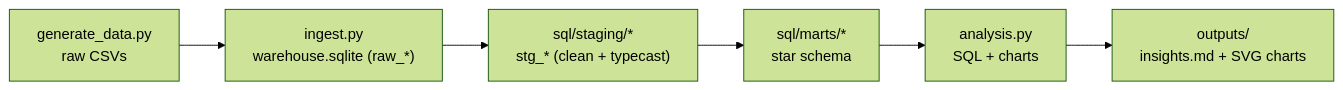
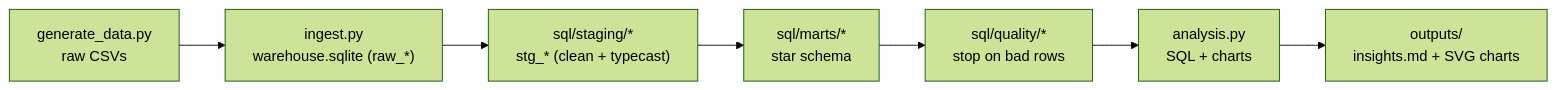
One commit to agabekrakhimov/ecommerce-data-pipeline changed the first of 2 diagrams in README.md. Above: the diagram before and after it, drawn with Mermaid (forest theme). The commit also changed other lines of this file and 26 other files, not shown here.

First line of the commit message:
Add data quality checks before analysis

````diff
--- a/README.md
+++ b/README.md
@@ -13,8 +13,9 @@
 ```mermaid
 flowchart LR
   Gen["generate_data.py<br/>raw CSVs"] --> Ingest["ingest.py<br/>warehouse.sqlite (raw_*)"]
   Ingest --> Staging["sql/staging/*<br/>stg_* (clean + typecast)"]
   Staging --> Marts["sql/marts/*<br/>star schema"]
-  Marts --> Analysis["analysis.py<br/>SQL + charts"]
+  Marts --> Quality["sql/quality/*<br/>stop on bad rows"]
+  Quality --> Analysis["analysis.py<br/>SQL + charts"]
   Analysis --> Outputs["outputs/<br/>insights.md + SVG charts"]
 ```
````
